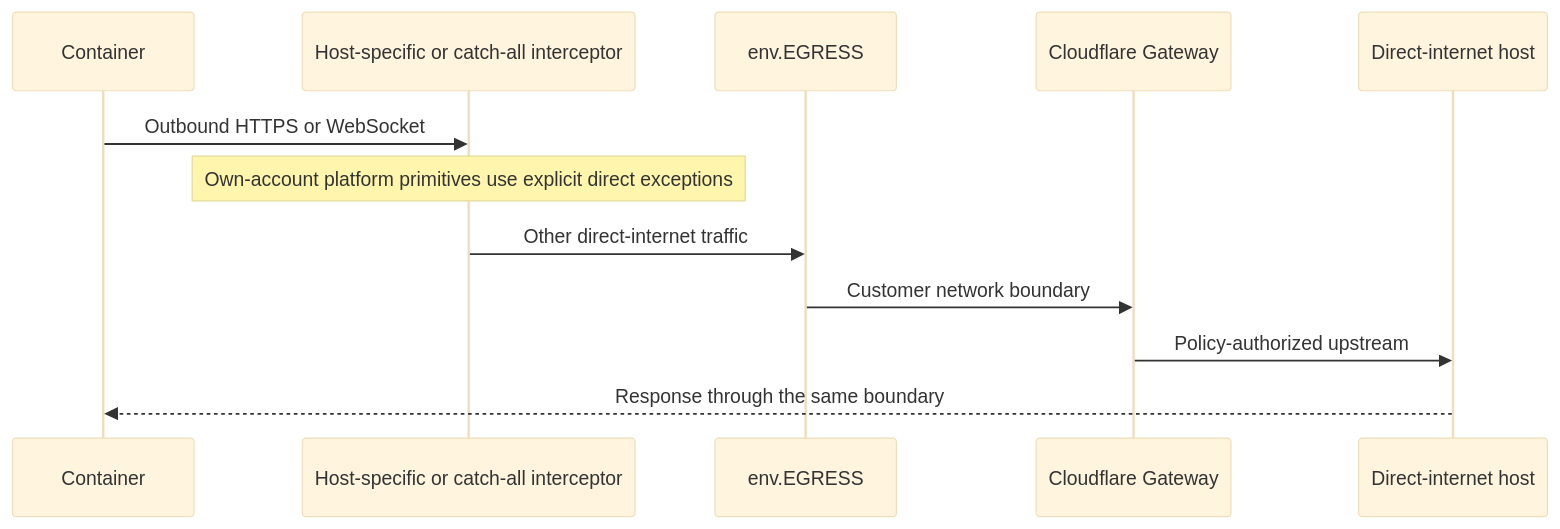
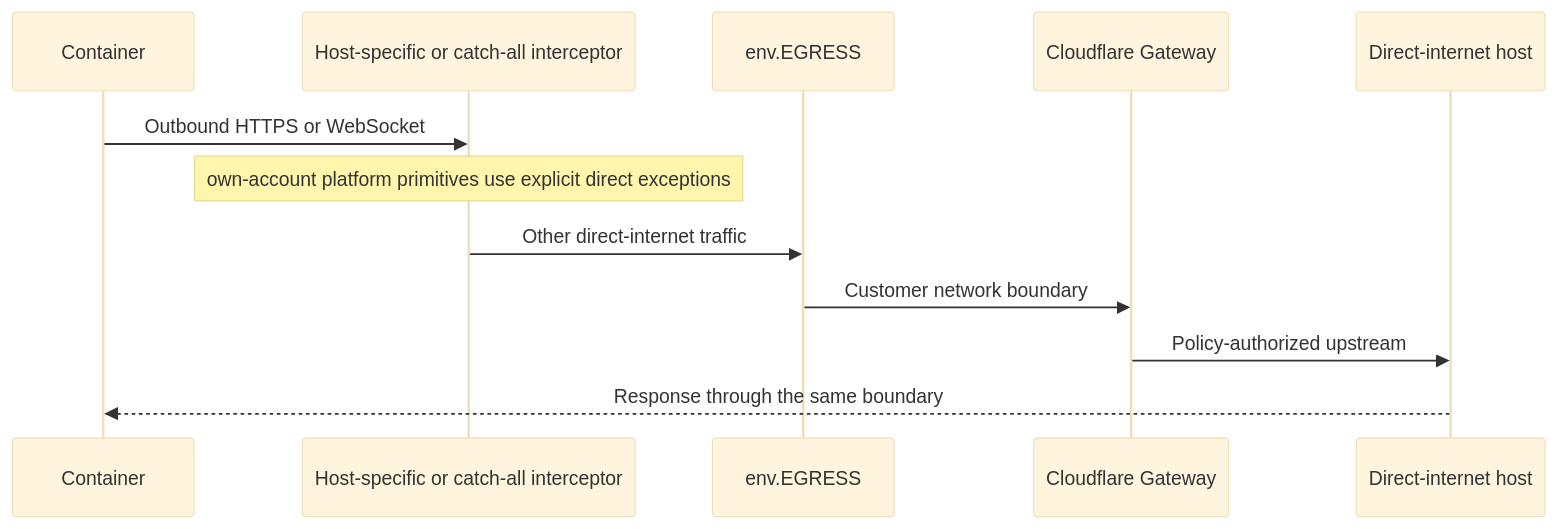
One commit to nikolanovoselec/codeflare changed the eighth of 9 diagrams in documentation/lanes/architecture.md. Above: the diagram before and after it, drawn with Mermaid (base theme). The commit also changed other lines of this file and 7 other files, not shown here.

Commit message:
docs: reconcile architecture audit findings

````diff
--- a/documentation/lanes/architecture.md
+++ b/documentation/lanes/architecture.md
@@ -553,14 +556,14 @@
 ```mermaid
 sequenceDiagram
     participant C as Container
     participant X as Host-specific or catch-all interceptor
     participant E as env.EGRESS
     participant G as Cloudflare Gateway
     participant U as Direct-internet host
     C->>X: Outbound HTTPS or WebSocket
-    Note over X: Own-account platform primitives use explicit direct exceptions
+    Note over X: own-account platform primitives use explicit direct exceptions
     X->>E: Other direct-internet traffic
     E->>G: Customer network boundary
     G->>U: Policy-authorized upstream
     U-->>C: Response through the same boundary
 ```
````
